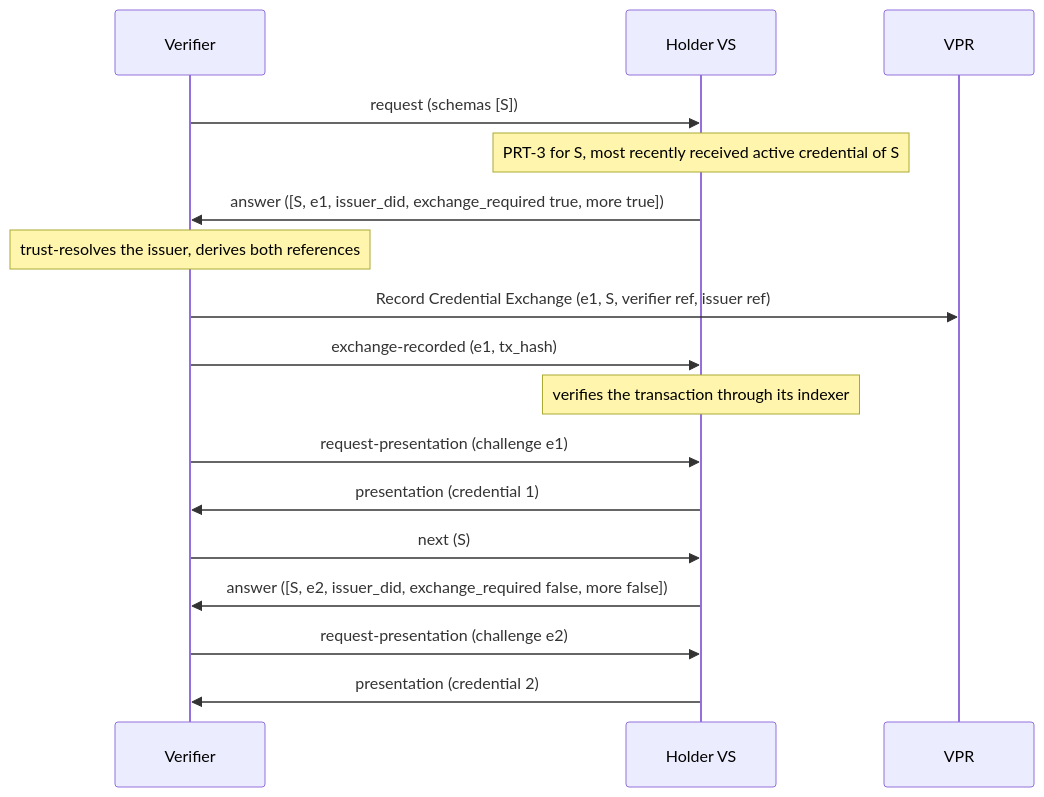
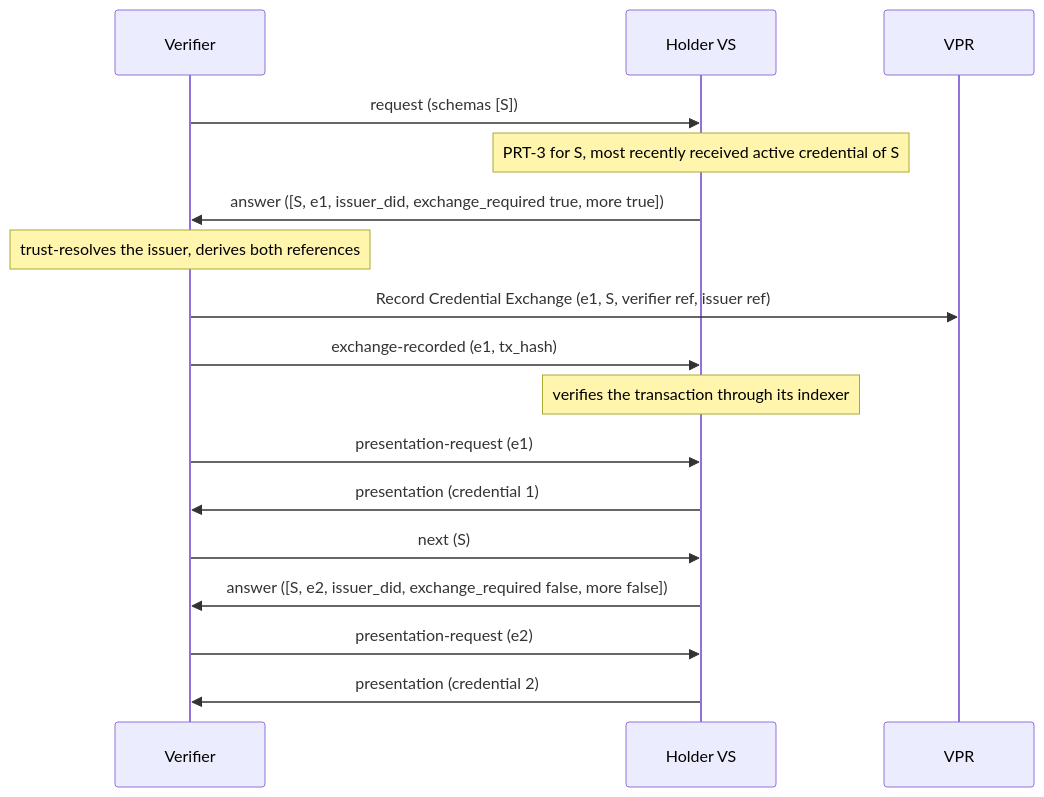
One commit to verana-labs/verifiable-trust-spec changed the tenth of 14 diagrams in spec.md. Above: the diagram before and after it, drawn with Mermaid. The commit also changed other lines of this file, not shown here.

Commit message:
[VT-PRES-VS-MSG]: the presentation messages as an abstract table (request, answer, next, presentation-request, presentation), the challenge derived for AnonCreds nonces, diagrams with abstract names; a mixed request is refused with an error

````diff
--- a/spec.md
+++ b/spec.md
@@ -2226,19 +2229,19 @@
 ```mermaid
 sequenceDiagram
     participant V as Verifier
     participant H as Holder VS
     participant VPR as VPR
     V->>H: request (schemas [S])
     Note over H: PRT-3 for S, most recently received active credential of S
     H->>V: answer ([S, e1, issuer_did, exchange_required true, more true])
     Note over V: trust-resolves the issuer, derives both references
     V->>VPR: Record Credential Exchange (e1, S, verifier ref, issuer ref)
     V->>H: exchange-recorded (e1, tx_hash)
     Note over H: verifies the transaction through its indexer
-    V->>H: request-presentation (challenge e1)
+    V->>H: presentation-request (e1)
     H->>V: presentation (credential 1)
     V->>H: next (S)
     H->>V: answer ([S, e2, issuer_did, exchange_required false, more false])
-    V->>H: request-presentation (challenge e2)
+    V->>H: presentation-request (e2)
     H->>V: presentation (credential 2)
 ```
````
